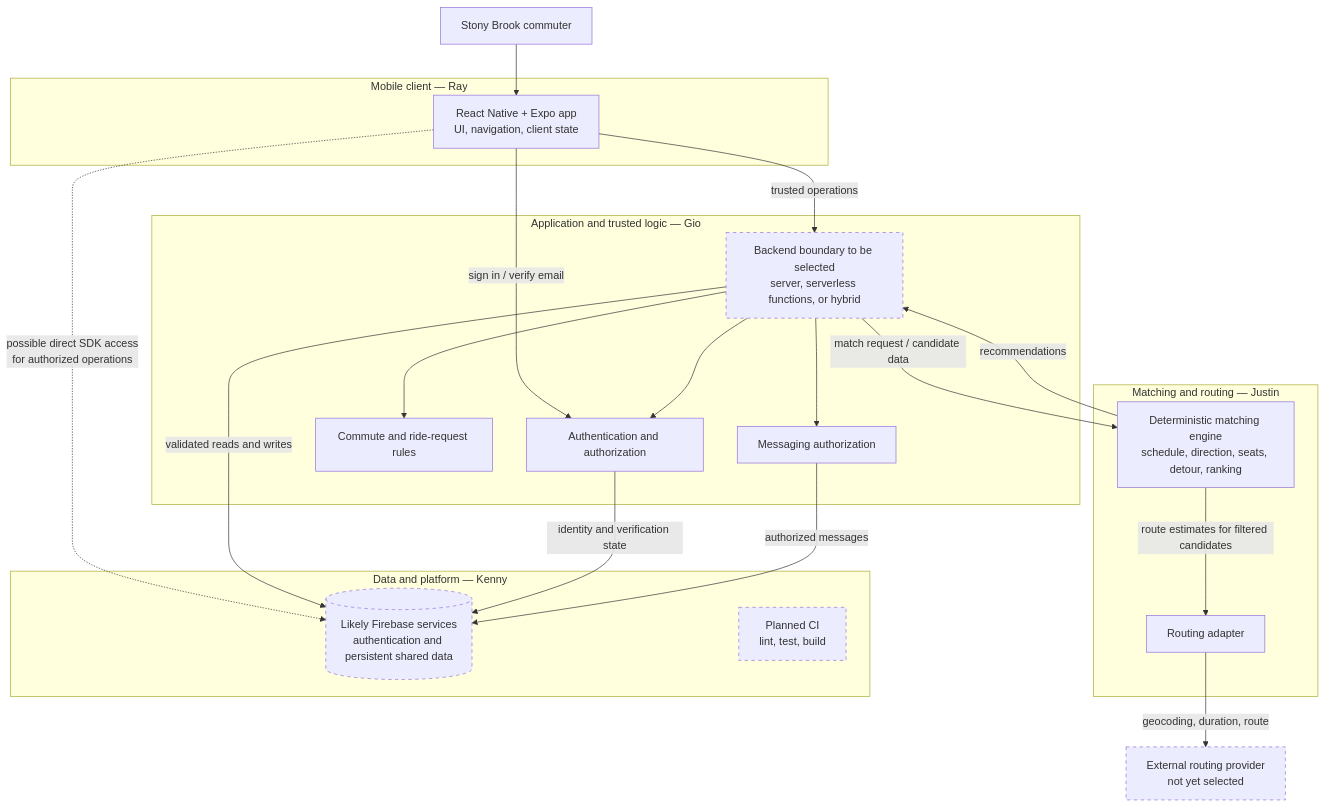
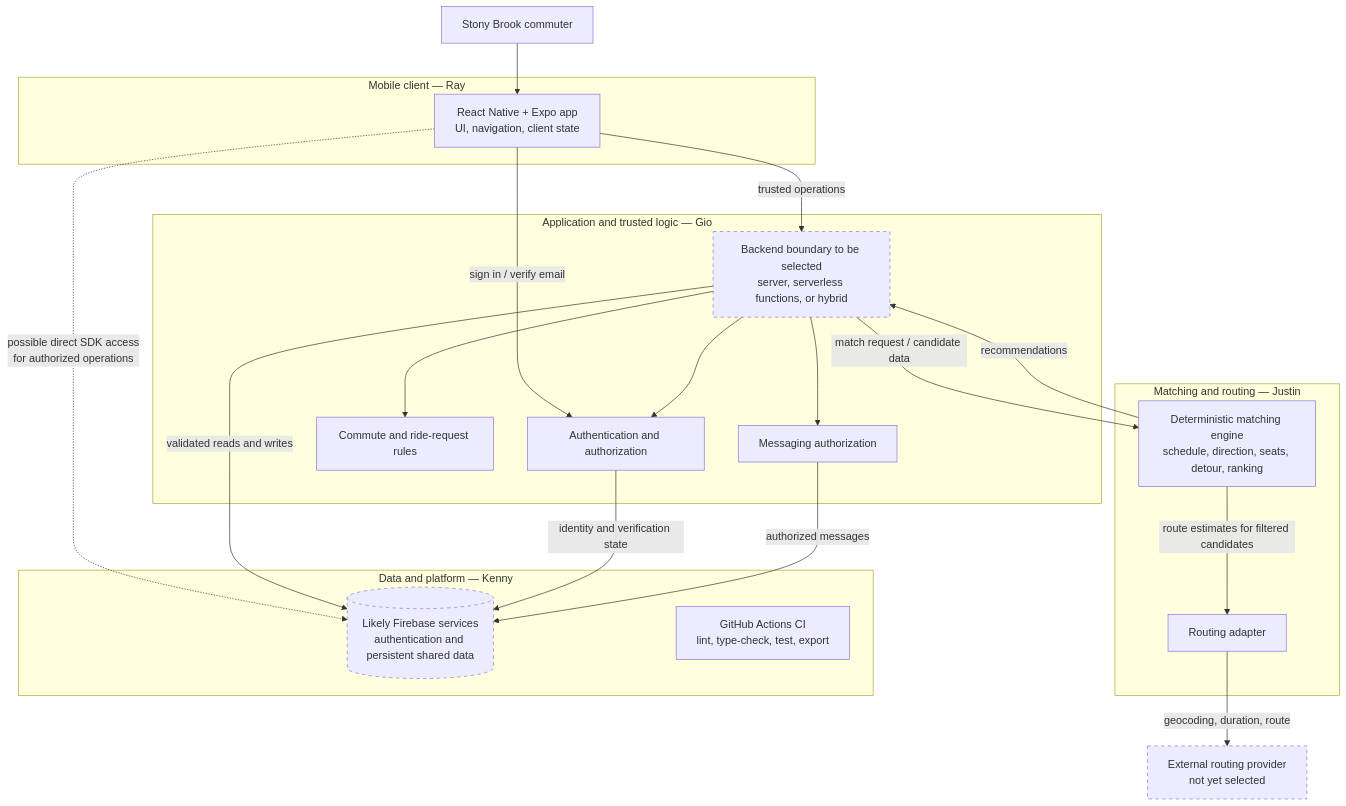
One commit to justinlee166/Seawolf-Rides changed the diagram in docs/design.md. Above: the diagram before and after it, drawn with Mermaid. The commit also changed other lines of this file and 26 other files, not shown here.

````diff
--- a/docs/design.md
+++ b/docs/design.md
@@ -19,38 +19,38 @@
 ```mermaid
 flowchart TB
     User["Stony Brook commuter"]
     subgraph Client["Mobile client — Ray"]
         Mobile["React Native + Expo app\nUI, navigation, client state"]
     end
     subgraph Application["Application and trusted logic — Gio"]
         Boundary["Backend boundary to be selected\nserver, serverless functions, or hybrid"]
         Auth["Authentication and authorization"]
         Requests["Commute and ride-request rules"]
         Messaging["Messaging authorization"]
     end
     subgraph Geo["Matching and routing — Justin"]
         Matching["Deterministic matching engine\nschedule, direction, seats, detour, ranking"]
         RoutingAdapter["Routing adapter"]
     end
     subgraph Platform["Data and platform — Kenny"]
         Firebase[("Likely Firebase services\nauthentication and persistent shared data")]
-        CI["Planned CI\nlint, test, build"]
+        CI["GitHub Actions CI\nlint, type-check, test, export"]
     end
     Routing["External routing provider\nnot yet selected"]
     User --> Mobile
     Mobile -->|"sign in / verify email"| Auth
     Mobile -->|"trusted operations"| Boundary
     Mobile -.->|"possible direct SDK access\nfor authorized operations"| Firebase
     Boundary --> Auth
     Boundary --> Requests
     Boundary --> Messaging
     Boundary -->|"validated reads and writes"| Firebase
     Boundary -->|"match request / candidate data"| Matching
     Matching -->|"route estimates for filtered candidates"| RoutingAdapter
     RoutingAdapter -->|"geocoding, duration, route"| Routing
     Matching -->|"recommendations"| Boundary
     Auth -->|"identity and verification state"| Firebase
     Messaging -->|"authorized messages"| Firebase
     classDef proposed stroke-dasharray: 5 5
-    class Boundary,Firebase,Routing,CI proposed
+    class Boundary,Firebase,Routing proposed
 ```
````
